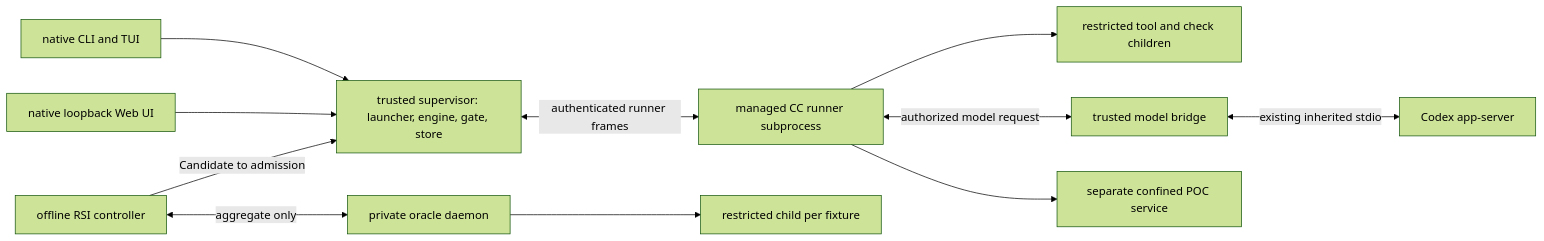
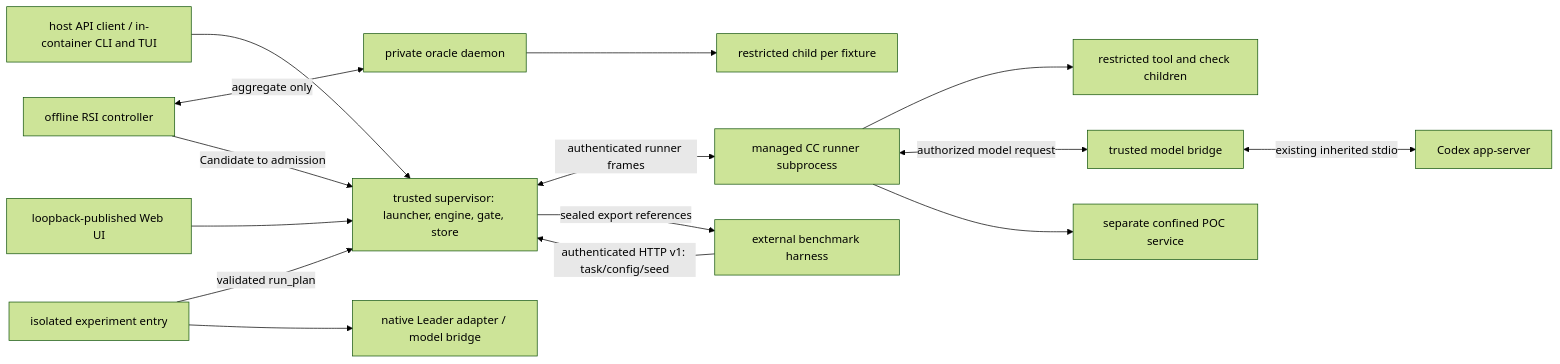
One commit to Stellven/jiuwenswarm changed the diagram in docs/architecture/system/modules.md. Above: the diagram before and after it, drawn with Mermaid (forest theme). The commit also changed other lines of this file and 192 other files, not shown here.

Commit message:
docs: freeze M1 sources and complete Docker architecture handoff

````diff
--- a/docs/architecture/system/modules.md
+++ b/docs/architecture/system/modules.md
@@ -47,13 +55,17 @@
 ```mermaid
 flowchart LR
-    CLI["native CLI and TUI"] --> SUP["trusted supervisor: launcher, engine, gate, store"]
-    WEB["native loopback Web UI"] --> SUP
+    CLI["host API client / in-container CLI and TUI"] --> SUP["trusted supervisor: launcher, engine, gate, store"]
+    WEB["loopback-published Web UI"] --> SUP
     SUP <-->|"authenticated runner frames"| RUN["managed CC runner subprocess"]
     RUN --> TOOL["restricted tool and check children"]
     RUN <-->|"authorized model request"| MODEL["trusted model bridge"]
     MODEL <-->|"existing inherited stdio"| CODEX["Codex app-server"]
     RUN --> POC["separate confined POC service"]
     RSI["offline RSI controller"] <-->|"aggregate only"| ORA["private oracle daemon"]
     ORA --> CHILD["restricted child per fixture"]
     RSI -->|"Candidate to admission"| SUP
+    EXP["isolated experiment entry"] -->|"validated run_plan"| SUP
+    EXP --> LEAD["native Leader adapter / model bridge"]
+    HAR["external benchmark harness"] -->|"authenticated HTTP v1: task/config/seed"| SUP
+    SUP -->|"sealed export references"| HAR
 ```
````
